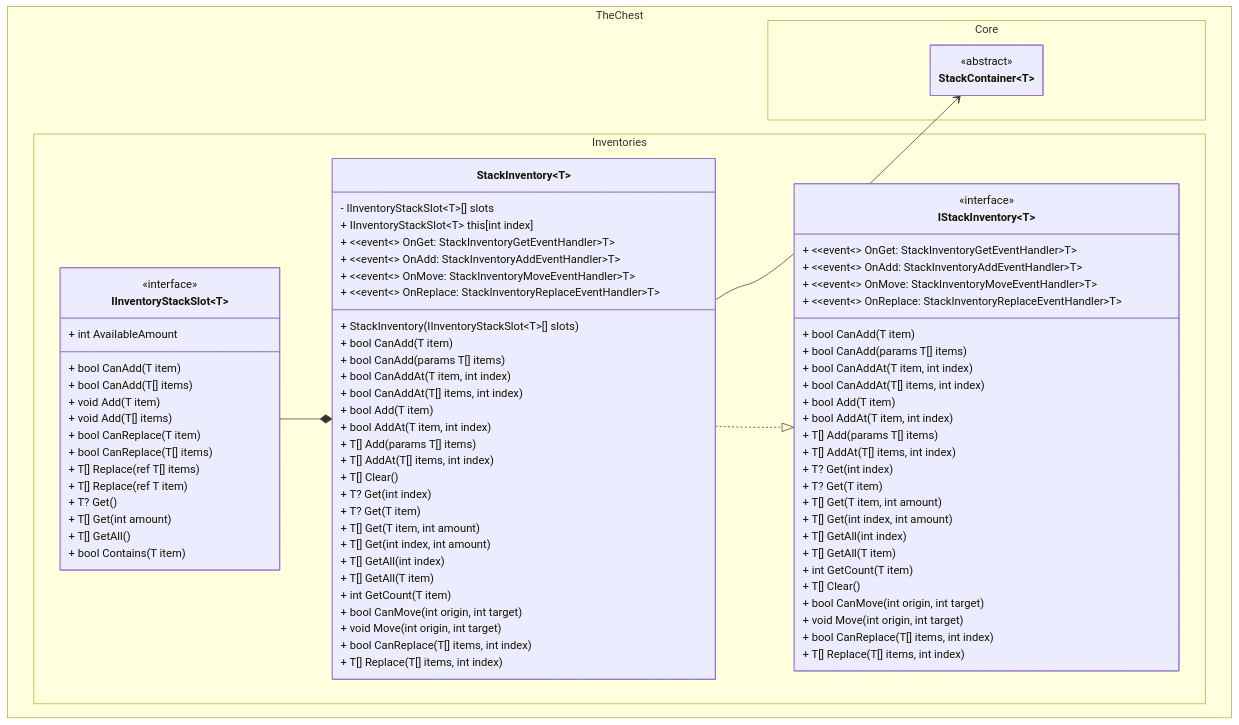
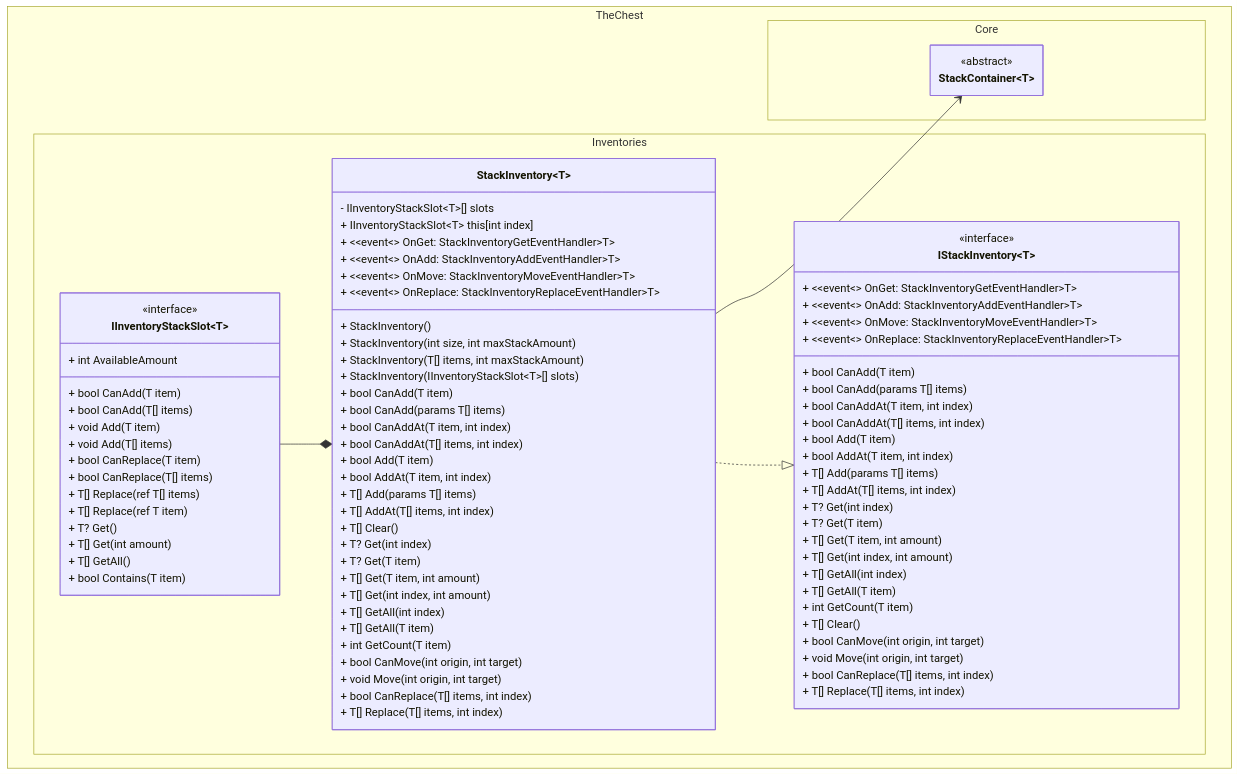
The first of 2 diagrams in docs/stack_inventory/class_diagram.md (The-Chest/TheChest.Inventories), drawn with Mermaid before and after one commit. The commit also changed 9 other files, not shown here.

```diff
--- a/docs/stack_inventory/class_diagram.md
+++ b/docs/stack_inventory/class_diagram.md
@@ -20,7 +20,12 @@
         class StackInventory~T~ {
             - IInventoryStackSlot~T~[] slots
             + IInventoryStackSlot~T~ this[int index]
+
+            + StackInventory()
+            + StackInventory(int size, int maxStackAmount)
+            + StackInventory(T[] items, int maxStackAmount)
             + StackInventory(IInventoryStackSlot~T~[] slots)
+
 	        + ~~event~~ OnGet: StackInventoryGetEventHandler~T~ 
 	        + ~~event~~ OnAdd: StackInventoryAddEventHandler~T~ 
 	        + ~~event~~ OnMove: StackInventoryMoveEventHandler~T~ 
```
